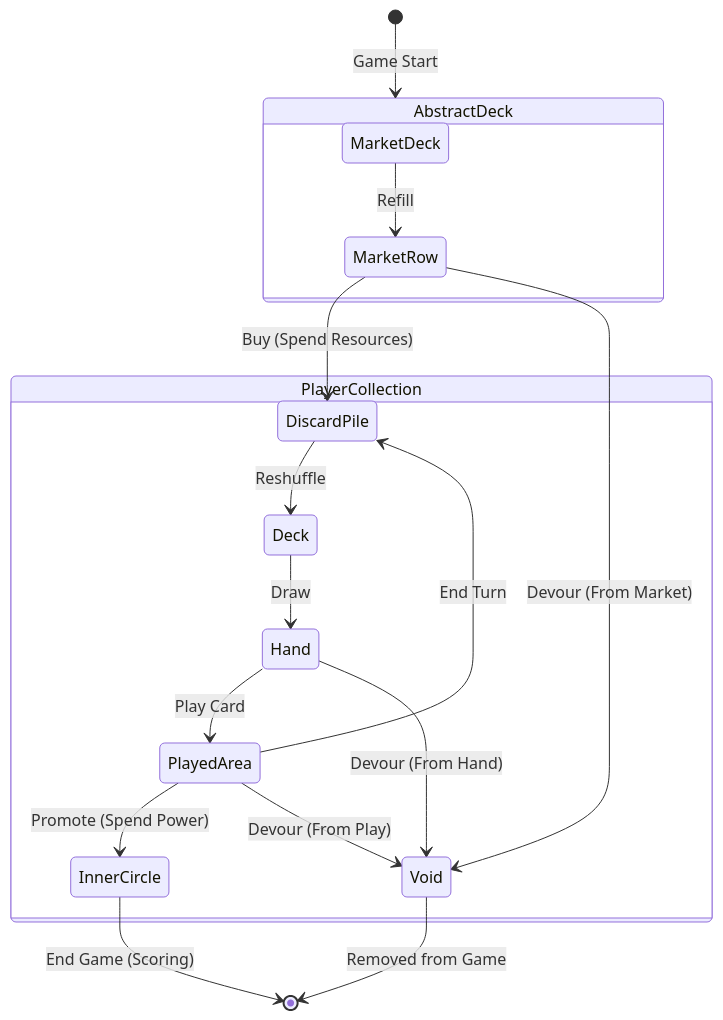
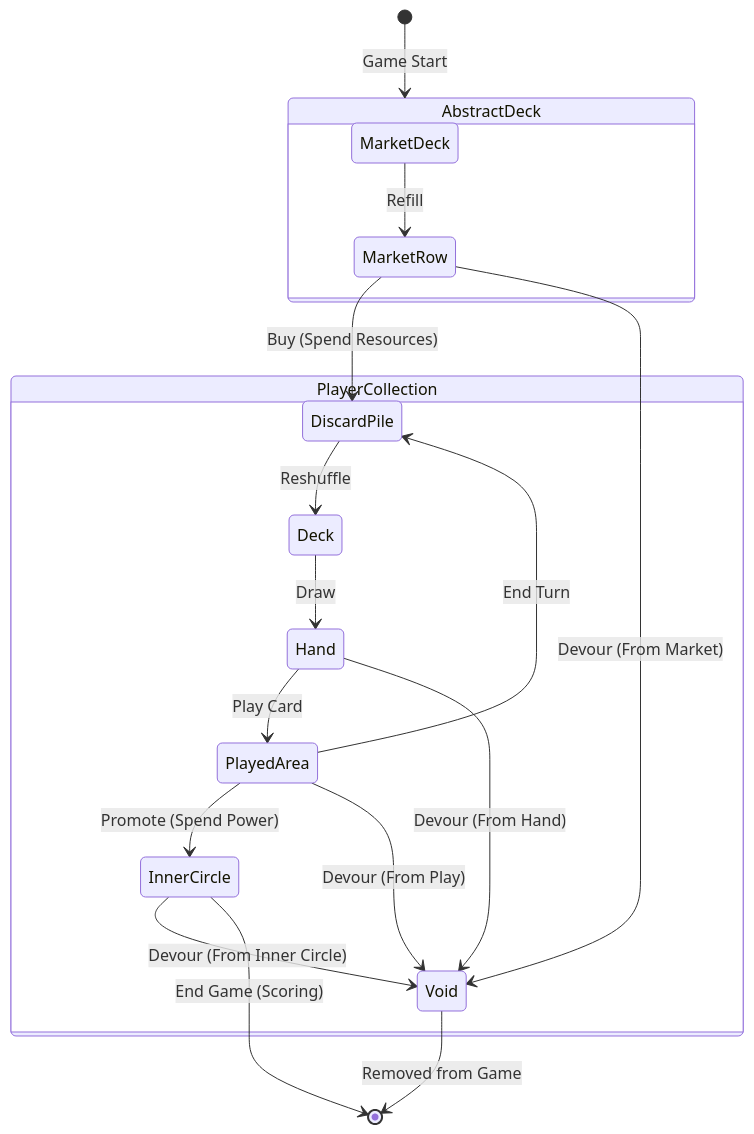
Before and after one commit to Itzoqq/ChaosWarlords: the second of 13 diagrams in docs/game-logic-flow.md, drawn with Mermaid. The commit also changed other lines of this file and 3 other files, not shown here.

````diff
--- a/docs/game-logic-flow.md
+++ b/docs/game-logic-flow.md
@@ -47,31 +47,32 @@
 ```mermaid
 stateDiagram-v2
     classDef location fill:#f3e5f5,stroke:#4a148c,stroke-width:2px,color:black;
     classDef terminal fill:#eeeeee,stroke:#616161,stroke-width:2px,color:black,stroke-dasharray: 5 5;
 
     [*] --> AbstractDeck: Game Start
     
     state AbstractDeck {
         MarketDeck --> MarketRow: Refill
     }
 
     MarketRow --> DiscardPile: Buy (Spend Resources)
     MarketRow --> Void: Devour (From Market)
     
     state PlayerCollection {
         DiscardPile --> Deck: Reshuffle
         Deck --> Hand: Draw
         Hand --> PlayedArea: Play Card
         PlayedArea --> DiscardPile: End Turn
         
         PlayedArea --> InnerCircle: Promote (Spend Power)
         Hand --> Void: Devour (From Hand)
         PlayedArea --> Void: Devour (From Play)
+        InnerCircle --> Void: Devour (From Inner Circle)
     }
 
     InnerCircle --> [*]: End Game (Scoring)
     Void --> [*]: Removed from Game
 
     class MarketDeck,MarketRow,DiscardPile,Deck,Hand,PlayedArea,InnerCircle location;
     class Void terminal;
 ```
````
